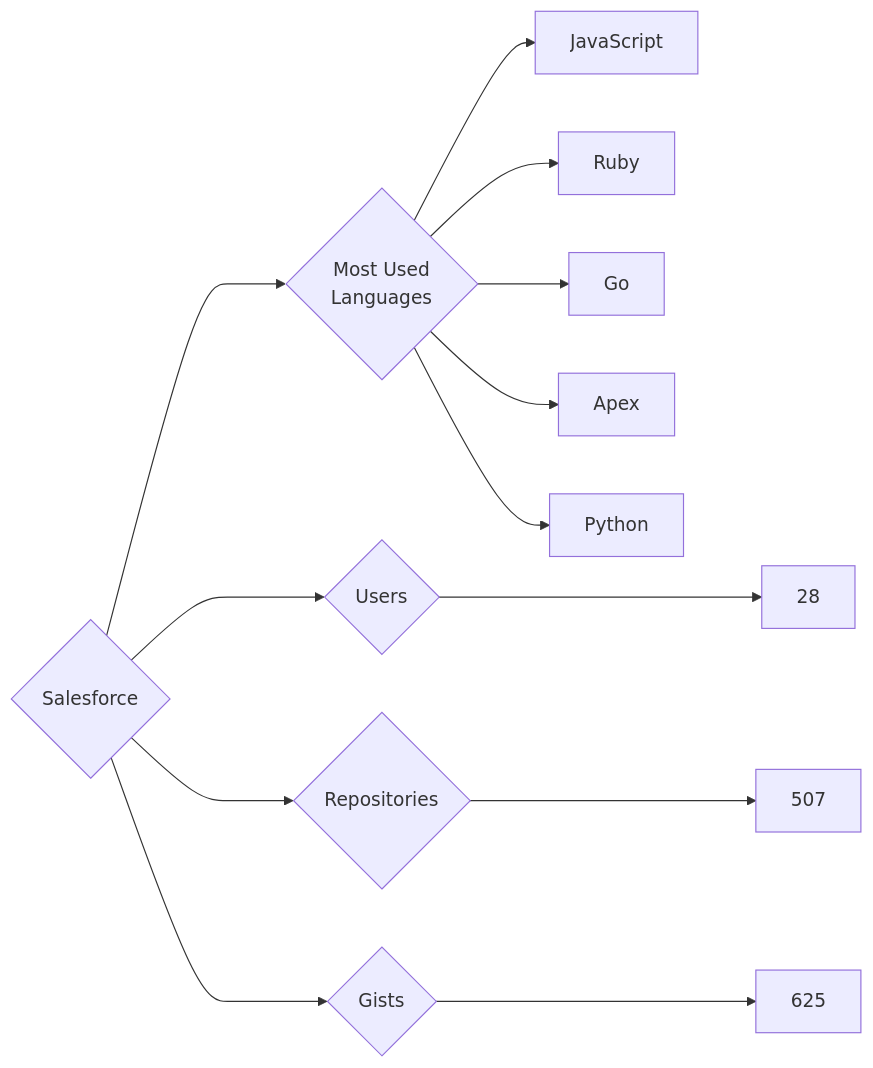
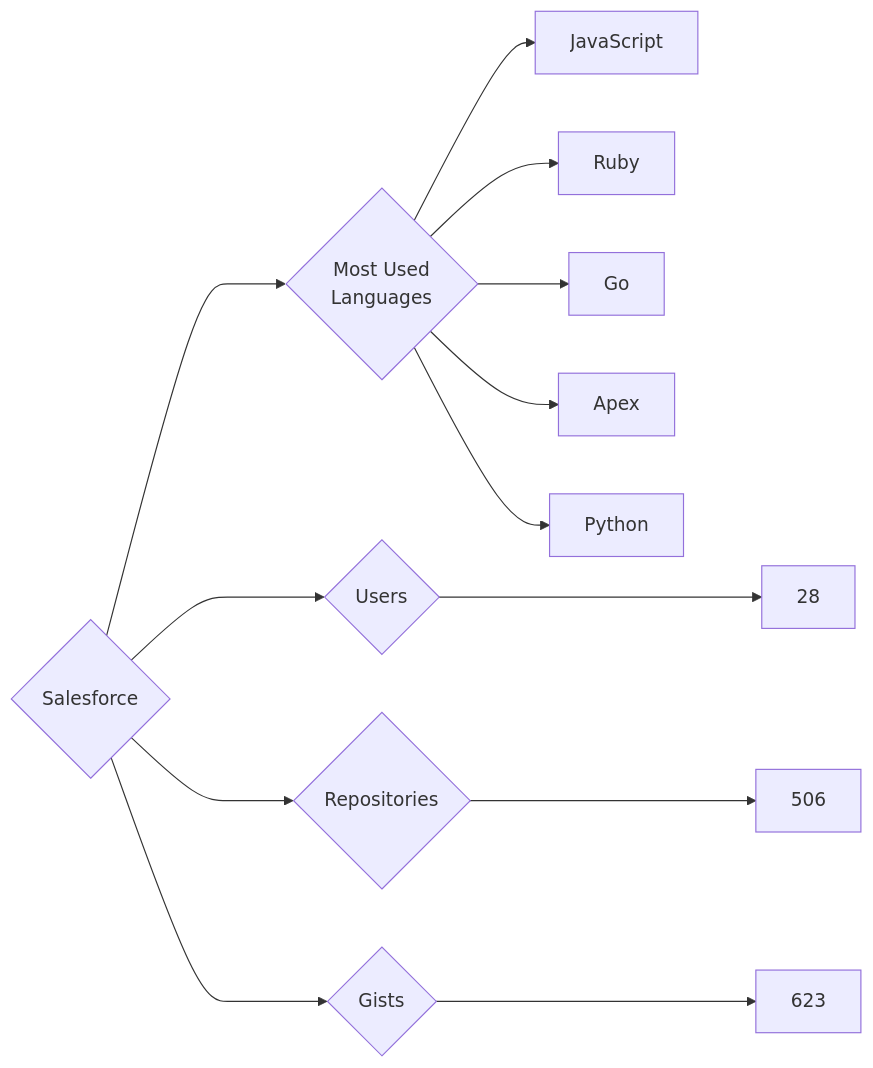
The diagram in targets/Salesforce/README.md (trickest/insiders), drawn with Mermaid before and after one commit. The commit also changed 940 other files, not shown here.

````diff
--- a/targets/Salesforce/README.md
+++ b/targets/Salesforce/README.md
@@ -3,13 +3,13 @@
 ```mermaid
 graph LR
 COMPANY_NAME{Salesforce}
 COMPANY_NAME ---> U{Users} ---> UN[28]
-COMPANY_NAME ---> R{Repositories} ---> RN[507]
-COMPANY_NAME ---> G{Gists} ---> GN[625]
+COMPANY_NAME ---> R{Repositories} ---> RN[506]
+COMPANY_NAME ---> G{Gists} ---> GN[623]
 COMPANY_NAME ---> ML{Most Used<br>Languages}
 ML --> JavaScript[JavaScript]
 ML --> Ruby[Ruby]
 ML --> Go[Go]
 ML --> Apex[Apex]
 ML --> Python[Python]
 ```
````
